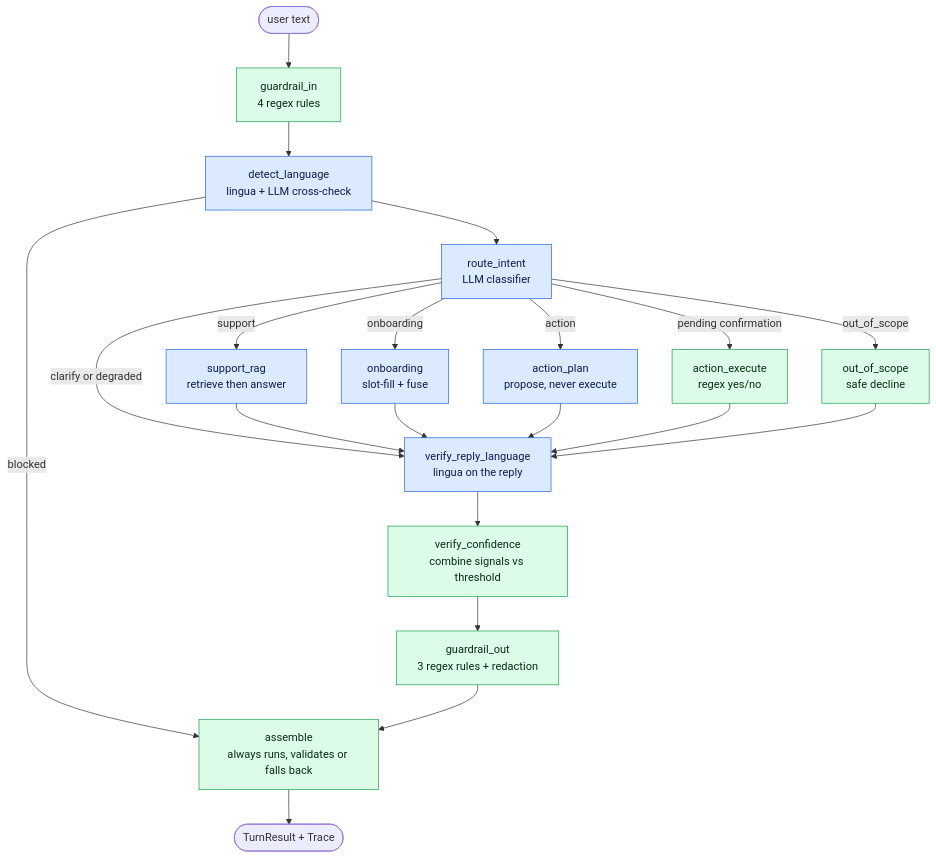
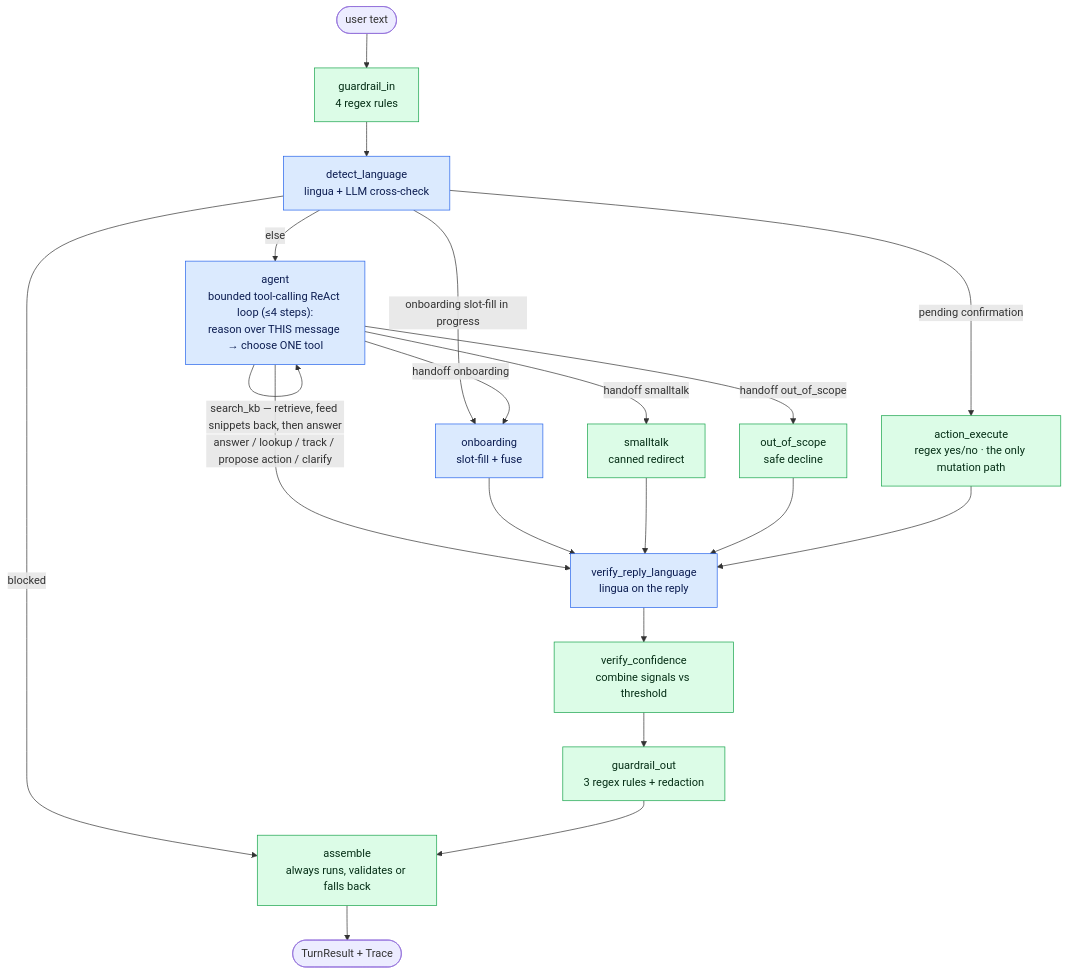
Before and after one commit to Deyber2000/zapp-ai-agent: the third of 3 diagrams in docs/architecture.md, drawn with Mermaid. The commit also changed other lines of this file and 7 other files, not shown here.

Commit message:
docs: reconcile to the agent core + component map & refreshed layer diagrams

````diff
--- a/docs/architecture.md
+++ b/docs/architecture.md
@@ -122,31 +168,32 @@
 ```mermaid
 flowchart TD
     U(["user text"]) --> GI["guardrail_in<br/>4 regex rules"]
     GI --> DL["detect_language<br/>lingua + LLM cross-check"]
     DL -->|blocked| AS
-    DL --> RI["route_intent<br/>LLM classifier"]
+    DL -->|pending confirmation| AE["action_execute<br/>regex yes/no · the only mutation path"]
+    DL -->|onboarding slot-fill in progress| OB["onboarding<br/>slot-fill + fuse"]
+    DL -->|else| AG
 
-    RI -->|support| SR["support_rag<br/>retrieve then answer"]
-    RI -->|onboarding| OB["onboarding<br/>slot-fill + fuse"]
-    RI -->|action| AP["action_plan<br/>propose, never execute"]
-    RI -->|pending confirmation| AE["action_execute<br/>regex yes/no"]
-    RI -->|out_of_scope| OS["out_of_scope<br/>safe decline"]
-    RI -->|clarify or degraded| VL
+    AG["agent<br/>bounded tool-calling ReAct loop (≤4 steps):<br/>reason over THIS message → choose ONE tool"]
+    AG -->|"search_kb — retrieve, feed snippets back, then answer"| AG
+    AG -->|handoff onboarding| OB
+    AG -->|handoff smalltalk| SM["smalltalk<br/>canned redirect"]
+    AG -->|handoff out_of_scope| OS["out_of_scope<br/>safe decline"]
+    AG -->|"answer / lookup / track / propose action / clarify"| VL
 
-    SR --> VL["verify_reply_language<br/>lingua on the reply"]
-    OB --> VL
-    AP --> VL
+    OB --> VL["verify_reply_language<br/>lingua on the reply"]
+    SM --> VL
+    OS --> VL
     AE --> VL
-    OS --> VL
 
     VL --> VC["verify_confidence<br/>combine signals vs threshold"]
     VC --> GO["guardrail_out<br/>3 regex rules + redaction"]
     GO --> AS["assemble<br/>always runs, validates or falls back"]
     AS --> R(["TurnResult + Trace"])
 
     classDef det fill:#dcfce7,stroke:#16a34a,color:#052e16;
     classDef llm fill:#dbeafe,stroke:#2563eb,color:#0c1d51;
-    class GI,AE,OS,GO,AS,VC det;
-    class DL,RI,SR,OB,AP llm;
+    class GI,AE,SM,OS,GO,AS,VC det;
+    class DL,AG,OB llm;
     class VL llm;
 ```
````
